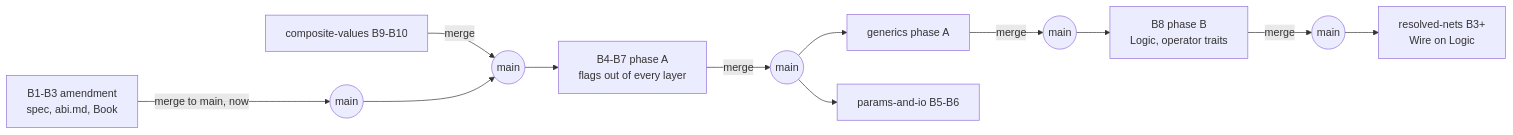
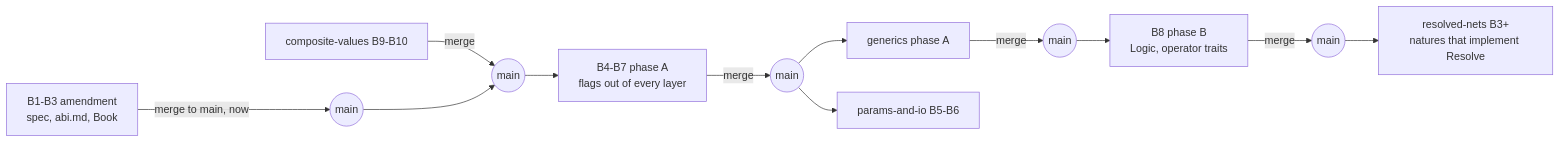
The diagram in .specs/features/explicit-unknowns/design.md (vkeslarek/piperine), drawn with Mermaid before and after one commit. The commit also changed other lines of this file, not shown here.

First line of the commit message:
docs(specs): explicit-unknowns design, capabilities and worked nets

````diff
--- a/.specs/features/explicit-unknowns/design.md
+++ b/.specs/features/explicit-unknowns/design.md
@@ -21,14 +21,14 @@
 ```mermaid
 flowchart LR
     A[B1-B3 amendment<br/>spec, abi.md, Book] -->|merge to main, now| M1((main))
     CV[composite-values B9-B10] -->|merge| M2((main))
     M1 --> M2
     M2 --> PA[B4-B7 phase A<br/>flags out of every layer]
     PA -->|merge| M3((main))
     M3 --> G[generics phase A]
     G -->|merge| M4((main))
     M4 --> PB[B8 phase B<br/>Logic, operator traits]
     PB -->|merge| M5((main))
-    M5 --> RN[resolved-nets B3+<br/>Wire on Logic]
+    M5 --> RN[resolved-nets B3+<br/>natures that implement Resolve]
     M3 --> PIO[params-and-io B5-B6]
 ```
````
